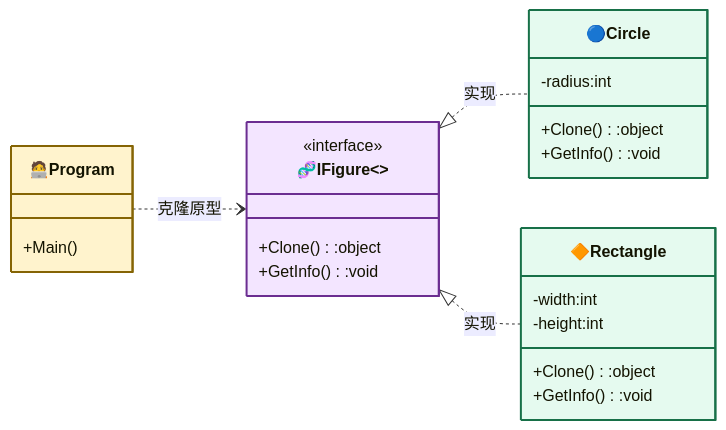
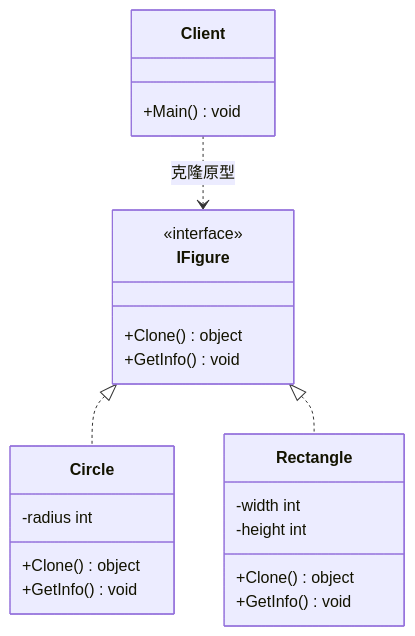
The second of 2 diagrams in PrototypePattern/README.md (hollson/design_patterns), drawn with Mermaid before and after one commit. The commit also changed other lines of this file and 19 other files, not shown here.

````diff
--- a/PrototypePattern/README.md
+++ b/PrototypePattern/README.md
@@ -19,33 +45,26 @@
 ```mermaid
-%%{init: {"classDiagram": {"useMarkdownLabels": true}} }%%
 classDiagram
-    direction LR
-
-    class Prototype["🧬IFigure<<interface>>"]:::strategyCls{
+    class IFigure {
         <<interface>>
-        +Clone():object
-        +GetInfo():void
+        +Clone() object
+        +GetInfo() void
     }
-    class ConcretePrototype["🔵Circle"]:::concreteCls{
-        -radius:int
-        +Clone():object
-        +GetInfo():void
+    class Circle {
+        -radius int
+        +Clone() object
+        +GetInfo() void
     }
-    class ConcretePrototype2["🔶Rectangle"]:::concreteCls{
-        -width:int
-        -height:int
-        +Clone():object
-        +GetInfo():void
+    class Rectangle {
+        -width int
+        -height int
+        +Clone() object
+        +GetInfo() void
     }
-    class Client["🧑‍💻Program"]:::contextCls{
-        +Main()
+    class Client {
+        +Main() void
     }
 
-    Prototype <|.. ConcretePrototype : 实现
-    Prototype <|.. ConcretePrototype2 : 实现
-    Client ..> Prototype : 克隆原型
-
-    classDef contextCls fill:#fff3cd,stroke:#856404,stroke-width:2px
-    classDef strategyCls fill:#f3e5ff,stroke:#6b2d91,stroke-width:2px
-    classDef concreteCls fill:#e5faef,stroke:#177048,stroke-width:2px
+    IFigure <|.. Circle
+    IFigure <|.. Rectangle
+    Client ..> IFigure : 克隆原型
 ```
````
